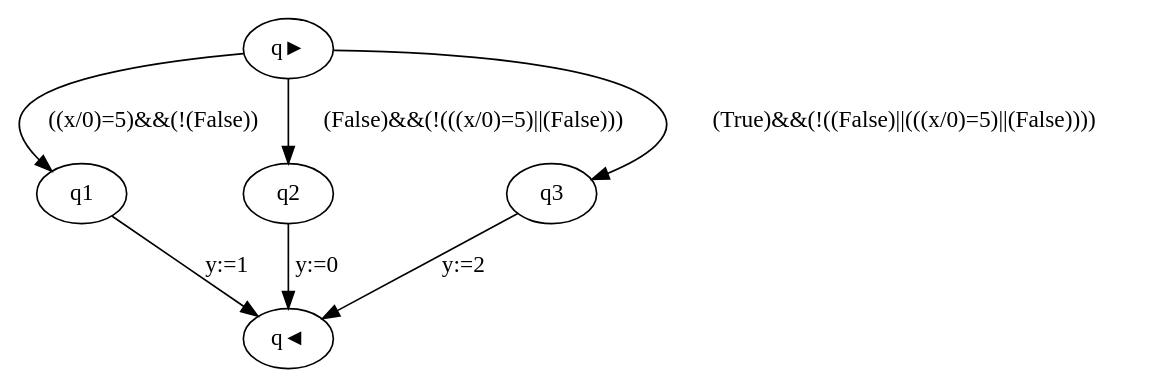
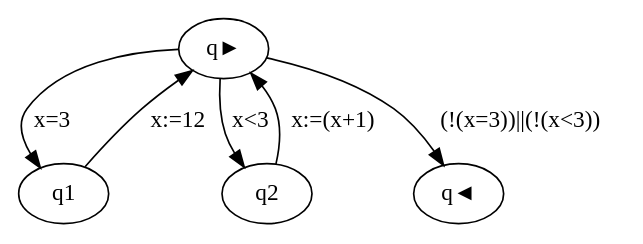
One commit to JepMik/GCL-Build-Analyse-Tool changed the diagram in graph.dot. Above: the diagram before and after it, drawn with Graphviz. The commit also changed 3 other files, not shown here.

```diff
--- a/graph.dot
+++ b/graph.dot
@@ -1,8 +1,7 @@
 strict digraph {
-q► -> q1[label="((x/0)=5)&&(!(False))"];
-q1 -> q◄[label="y:=1"];
-q► -> q2[label="(False)&&(!(((x/0)=5)||(False)))"];
-q2 -> q◄[label="y:=0"];
-q► -> q3[label="(True)&&(!((False)||(((x/0)=5)||(False))))"];
-q3 -> q◄[label="y:=2"];
+q► -> q1[label="x=3"];
+q1 -> q►[label="x:=12"];
+q► -> q2[label="x<3"];
+q2 -> q►[label="x:=(x+1)"];
+q► -> q◄[label="(!(x=3))||(!(x<3))"];
 }
```
